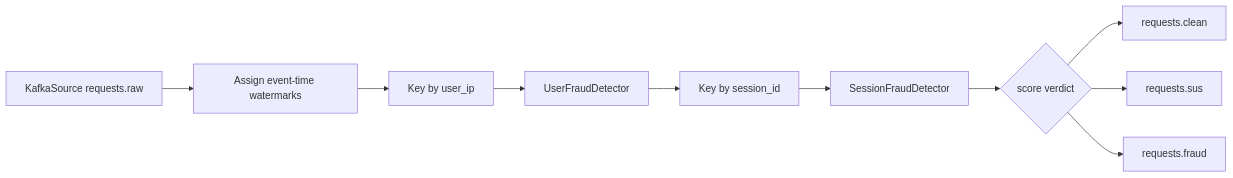
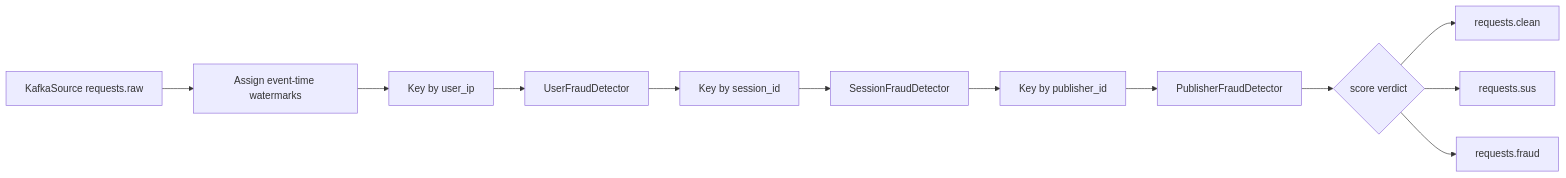
Before and after one commit to IamMistake/ai-ad-request-safety-pipeline: the diagram in docs/flink_processing.md, drawn with Mermaid. The commit also changed other lines of this file and 5 other files, not shown here.

````diff
--- a/docs/flink_processing.md
+++ b/docs/flink_processing.md
@@ -29,12 +30,14 @@
 ```mermaid
 flowchart LR
     A[KafkaSource requests.raw] --> B[Assign event-time watermarks]
     B --> C[Key by user_ip]
     C --> D[UserFraudDetector]
     D --> E[Key by session_id]
     E --> F[SessionFraudDetector]
-    F --> G{score verdict}
-    G --> H[requests.clean]
-    G --> I[requests.sus]
-    G --> J[requests.fraud]
+    F --> G[Key by publisher_id]
+    G --> H[PublisherFraudDetector]
+    H --> I{score verdict}
+    I --> J[requests.clean]
+    I --> K[requests.sus]
+    I --> L[requests.fraud]
 ```
````
